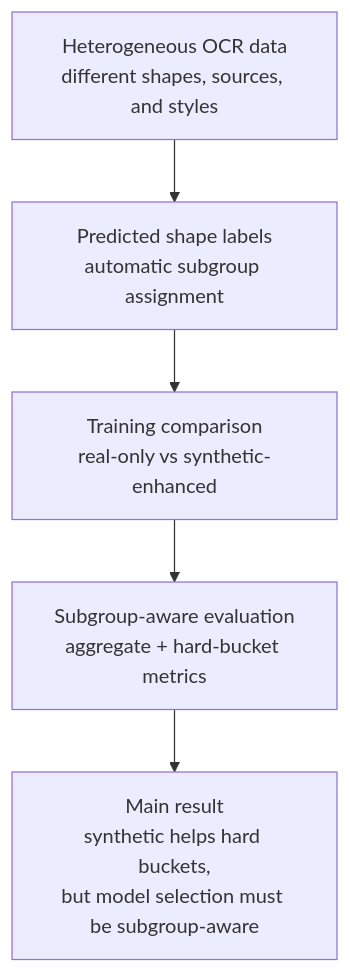
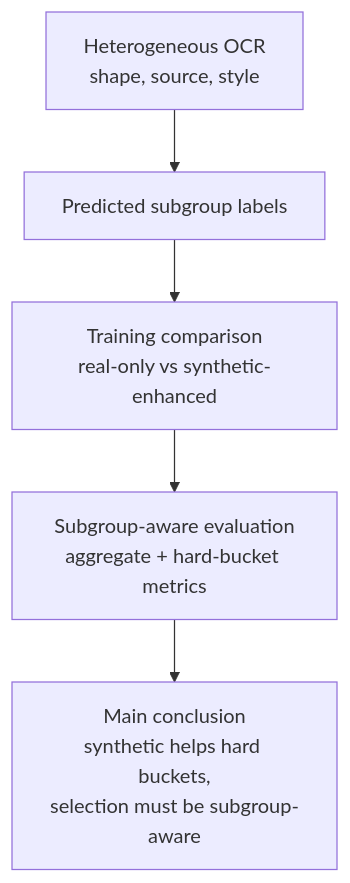
One commit to vanekus-ukus/subgroup-aware-ocr changed the diagram in README.md. Above: the diagram before and after it, drawn with Mermaid. The commit also changed other lines of this file and 6 other files, not shown here.

Commit message:
Align subgroup-aware branding and add release polish

````diff
--- a/README.md
+++ b/README.md
@@ -15,10 +15,10 @@
 ```mermaid
 flowchart TD
-    A["Heterogeneous OCR data<br/>different shapes, sources, and styles"]
-    B["Predicted shape labels<br/>automatic subgroup assignment"]
+    A["Heterogeneous OCR<br/>shape, source, style"]
+    B["Predicted subgroup labels"]
     C["Training comparison<br/>real-only vs synthetic-enhanced"]
     D["Subgroup-aware evaluation<br/>aggregate + hard-bucket metrics"]
-    E["Main result<br/>synthetic helps hard buckets,<br/>but model selection must be subgroup-aware"]
+    E["Main conclusion<br/>synthetic helps hard buckets,<br/>selection must be subgroup-aware"]
 
     A --> B --> C --> D --> E
 ```
````
